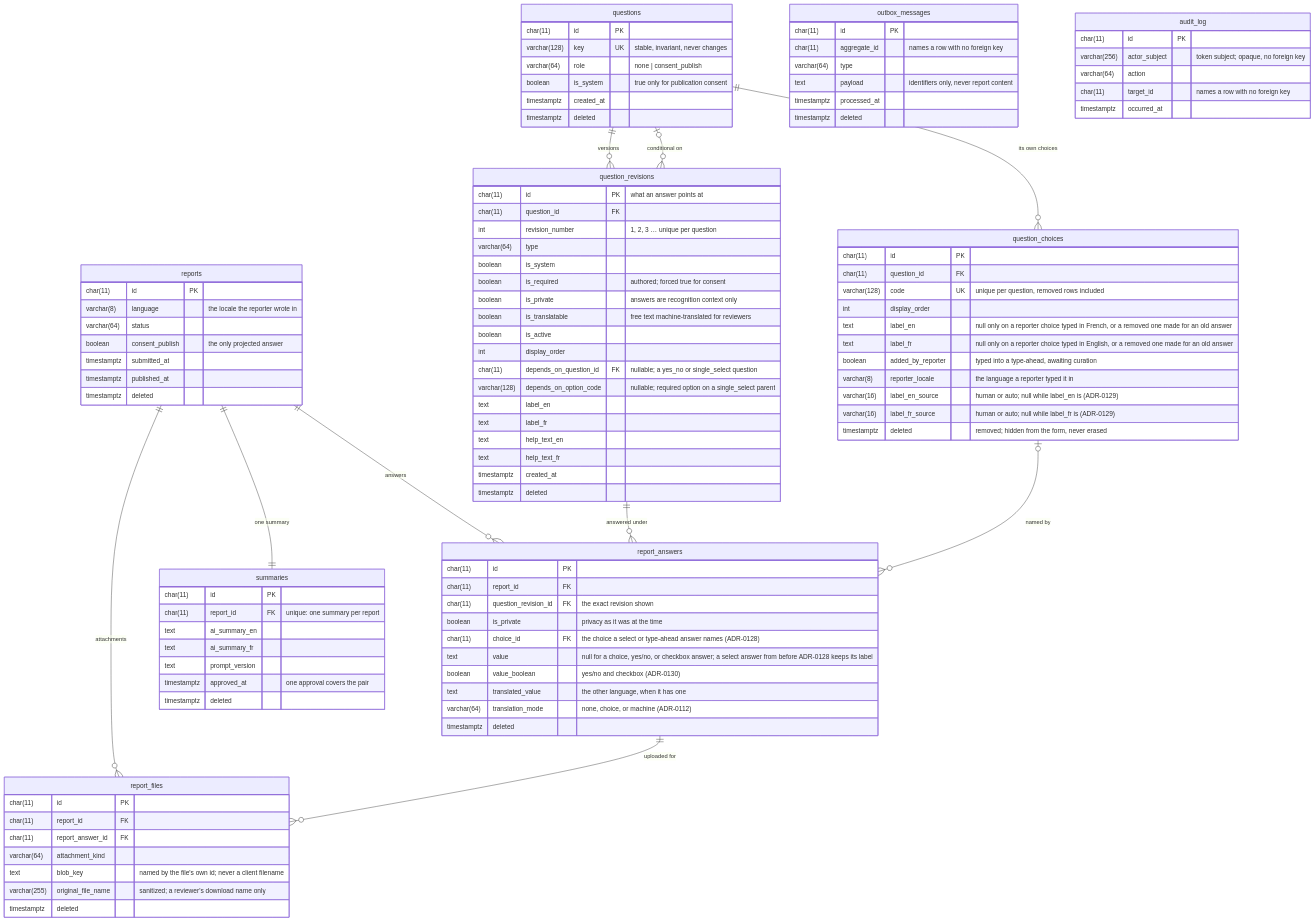
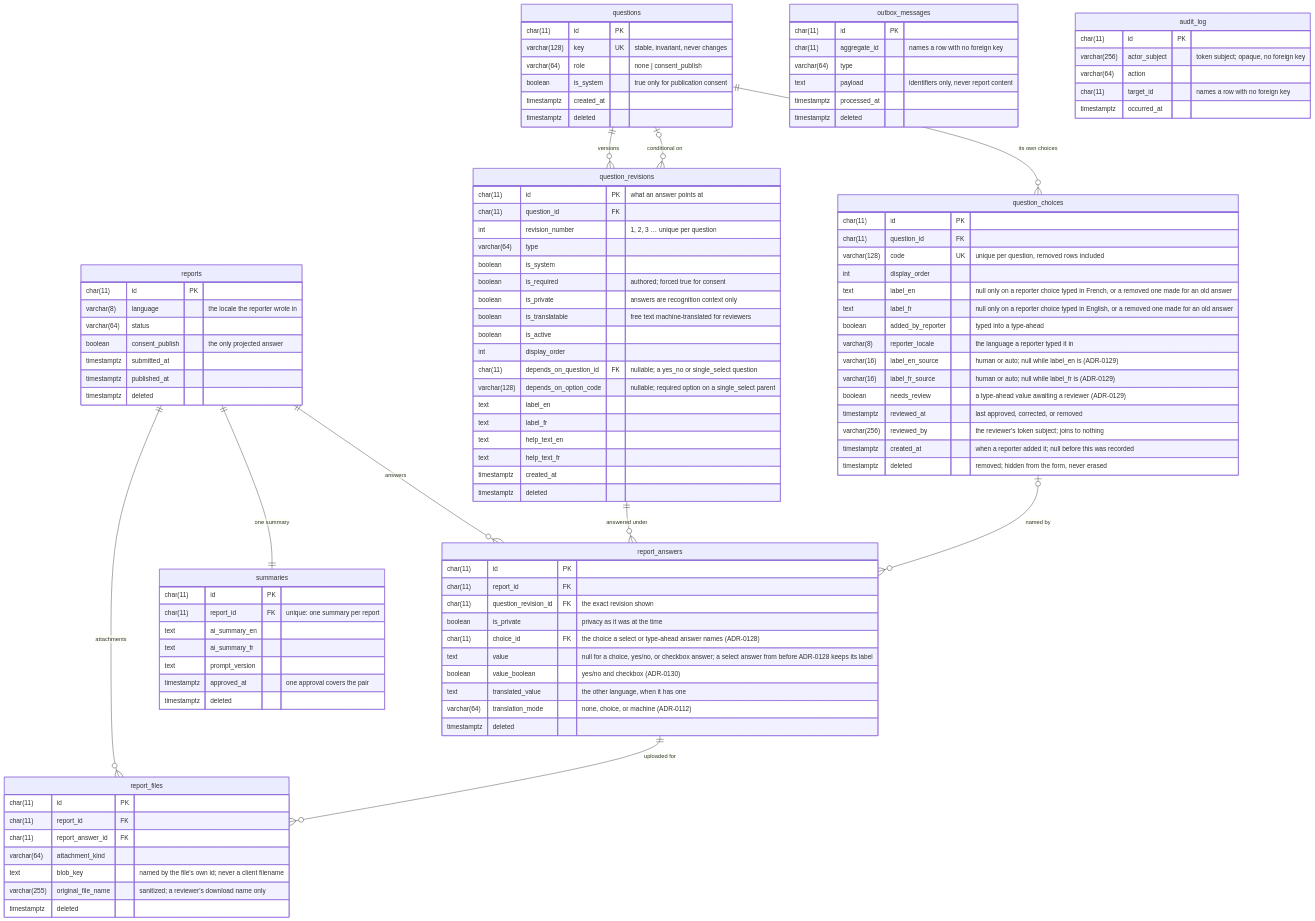
The diagram in src/HpacSafety.Infrastructure/Persistence/Migrations/README.md (HPAC-Safety/safety-report), drawn with Mermaid before and after one commit. The commit also changed other lines of this file and 38 other files, not shown here.

```diff
--- a/src/HpacSafety.Infrastructure/Persistence/Migrations/README.md
+++ b/src/HpacSafety.Infrastructure/Persistence/Migrations/README.md
@@ -100,10 +100,14 @@
         int display_order
         text label_en "null only on a reporter choice typed in French, or a removed one made for an old answer"
         text label_fr "null only on a reporter choice typed in English, or a removed one made for an old answer"
-        boolean added_by_reporter "typed into a type-ahead, awaiting curation"
+        boolean added_by_reporter "typed into a type-ahead"
         varchar(8) reporter_locale "the language a reporter typed it in"
         varchar(16) label_en_source "human or auto; null while label_en is (ADR-0129)"
         varchar(16) label_fr_source "human or auto; null while label_fr is (ADR-0129)"
+        boolean needs_review "a type-ahead value awaiting a reviewer (ADR-0129)"
+        timestamptz reviewed_at "last approved, corrected, or removed"
+        varchar(256) reviewed_by "the reviewer's token subject; joins to nothing"
+        timestamptz created_at "when a reporter added it; null before this was recorded"
         timestamptz deleted "removed; hidden from the form, never erased"
     }
 
```
